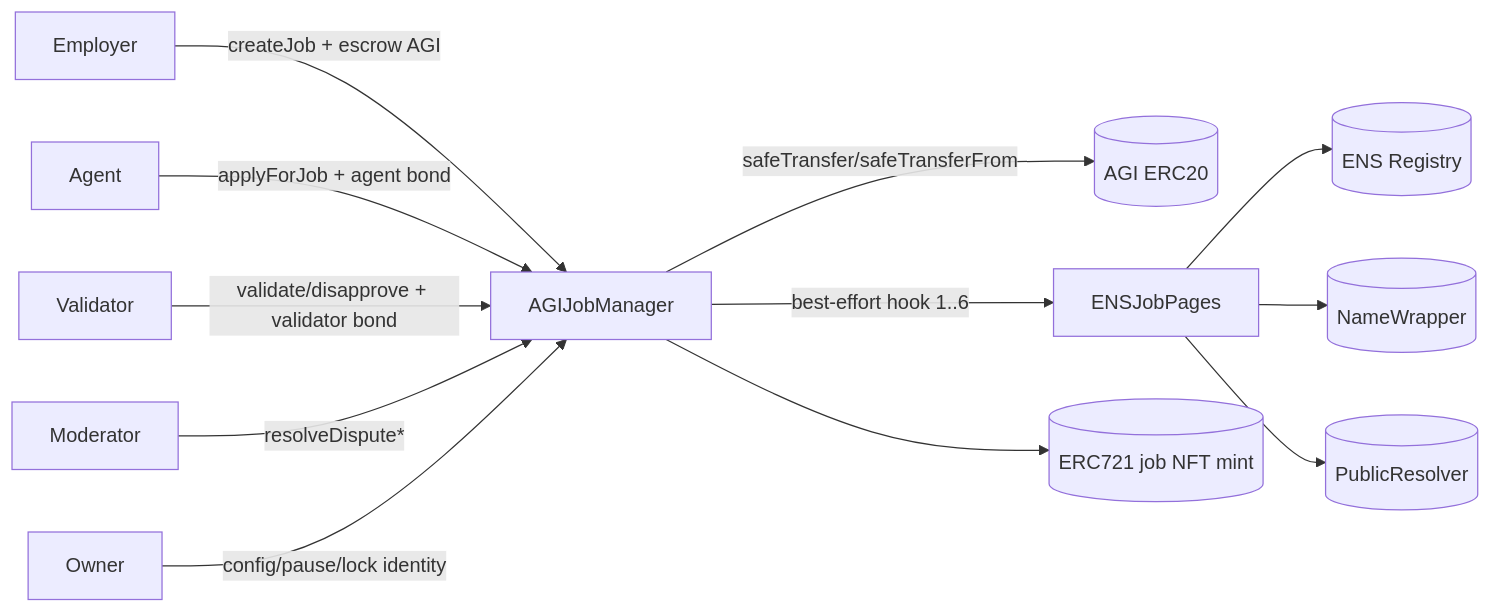
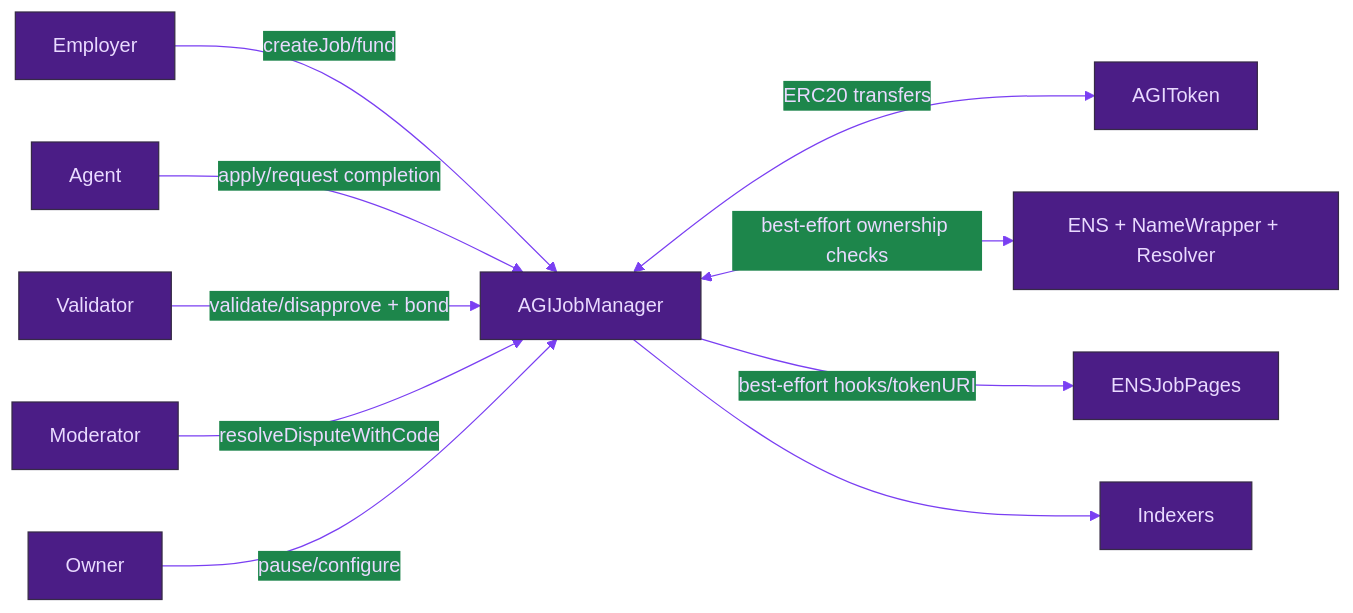
Before and after one commit to MontrealAI/AGIJobManager: the first of 2 diagrams in docs/ARCHITECTURE.md, drawn with Mermaid. The commit also changed other lines of this file and 28 other files, not shown here.

````diff
--- a/docs/ARCHITECTURE.md
+++ b/docs/ARCHITECTURE.md
@@ -20,15 +5,13 @@
 ```mermaid
+%%{init: {"theme":"base","themeVariables":{"fontFamily":"ui-sans-serif, system-ui, -apple-system, Segoe UI, Roboto, Arial","background":"#14001F","primaryColor":"#4B1D86","primaryTextColor":"#E9DAFF","lineColor":"#7A3FF2","tertiaryColor":"#1B0B2A","noteBkgColor":"#1B0B2A","noteTextColor":"#E9DAFF"}}}%%
 flowchart LR
-    EMP[Employer] -->|createJob + escrow AGI| AJM[AGIJobManager]
-    AGT[Agent] -->|applyForJob + agent bond| AJM
-    VAL[Validator] -->|validate/disapprove + validator bond| AJM
-    MOD[Moderator] -->|resolveDispute*| AJM
-    OWN[Owner] -->|config/pause/lock identity| AJM
-
-    AJM -->|safeTransfer/safeTransferFrom| ERC20[(AGI ERC20)]
-    AJM -->|best-effort hook 1..6| ENSJP[ENSJobPages]
-    ENSJP --> ENS[(ENS Registry)]
-    ENSJP --> WRAP[(NameWrapper)]
-    ENSJP --> RES[(PublicResolver)]
-    AJM --> NFT[(ERC721 job NFT mint)]
+  Employer -->|createJob/fund| AGIJobManager
+  Agent -->|apply/request completion| AGIJobManager
+  Validator -->|validate/disapprove + bond| AGIJobManager
+  Moderator -->|resolveDisputeWithCode| AGIJobManager
+  Owner -->|pause/configure| AGIJobManager
+  AGIJobManager <-->|ERC20 transfers| AGIToken
+  AGIJobManager <-->|best-effort ownership checks| ENS[ENS + NameWrapper + Resolver]
+  AGIJobManager -->|best-effort hooks/tokenURI| ENSJobPages
+  AGIJobManager --> Indexers
 ```
````
